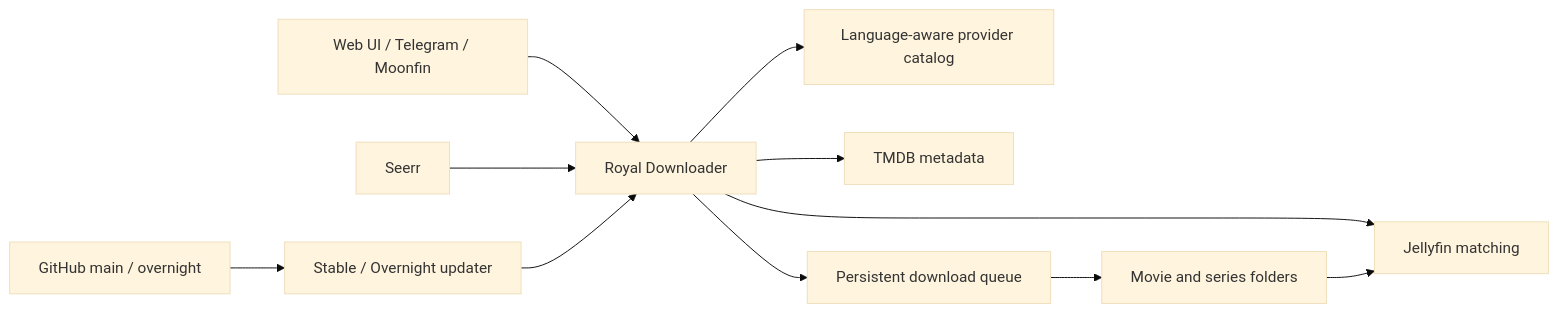
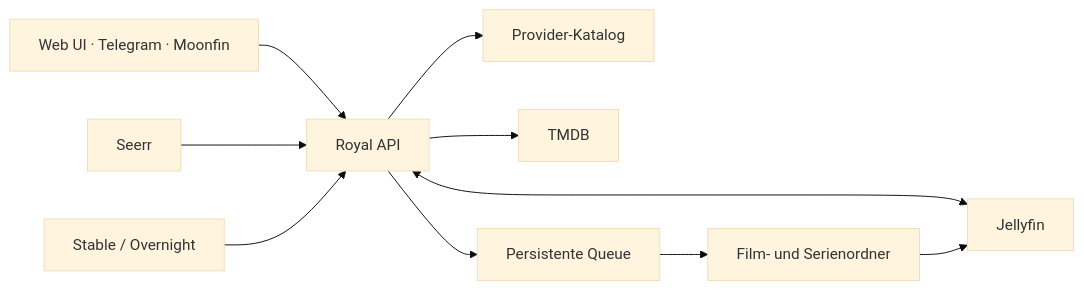
Before and after one commit to TimeLance89/RoyalDownloader: the diagram in README.md, drawn with Mermaid (base theme). The commit also changed other lines of this file and 9 other files, not shown here.

````diff
--- a/README.md
+++ b/README.md
@@ -194,13 +221,12 @@
 ```mermaid
 flowchart LR
-    UI["Web UI / Telegram / Moonfin"] --> API["Royal Downloader"]
-    API --> CAT["Language-aware provider catalog"]
-    API --> TMDB["TMDB metadata"]
-    API --> JF["Jellyfin matching"]
-    API --> Q["Persistent download queue"]
-    Q --> MEDIA["Movie and series folders"]
-    MEDIA --> JF
+    CLIENTS["Web UI · Telegram · Moonfin"] --> API["Royal API"]
+    API --> CATALOG["Provider-Katalog"]
+    API --> TMDB["TMDB"]
+    API <--> JELLYFIN["Jellyfin"]
+    API --> QUEUE["Persistente Queue"]
+    QUEUE --> MEDIA["Film- und Serienordner"]
+    MEDIA --> JELLYFIN
     SEERR["Seerr"] --> API
-    GH["GitHub main / overnight"] --> UPD["Stable / Overnight updater"]
-    UPD --> API
+    UPDATE["Stable / Overnight"] --> API
 ```
````
